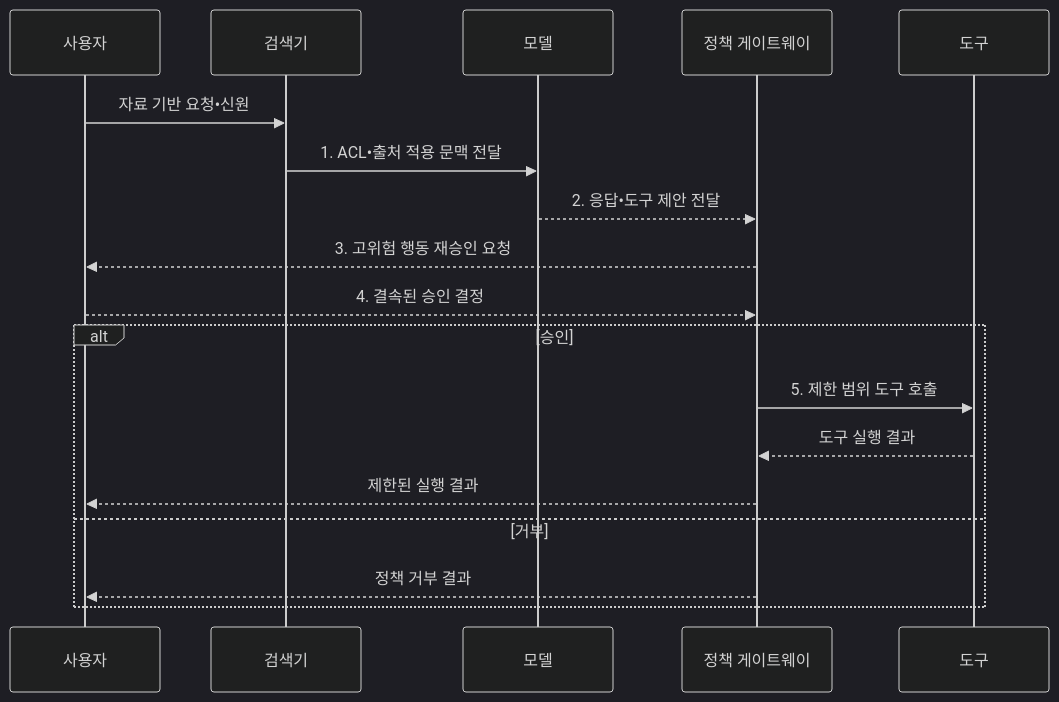
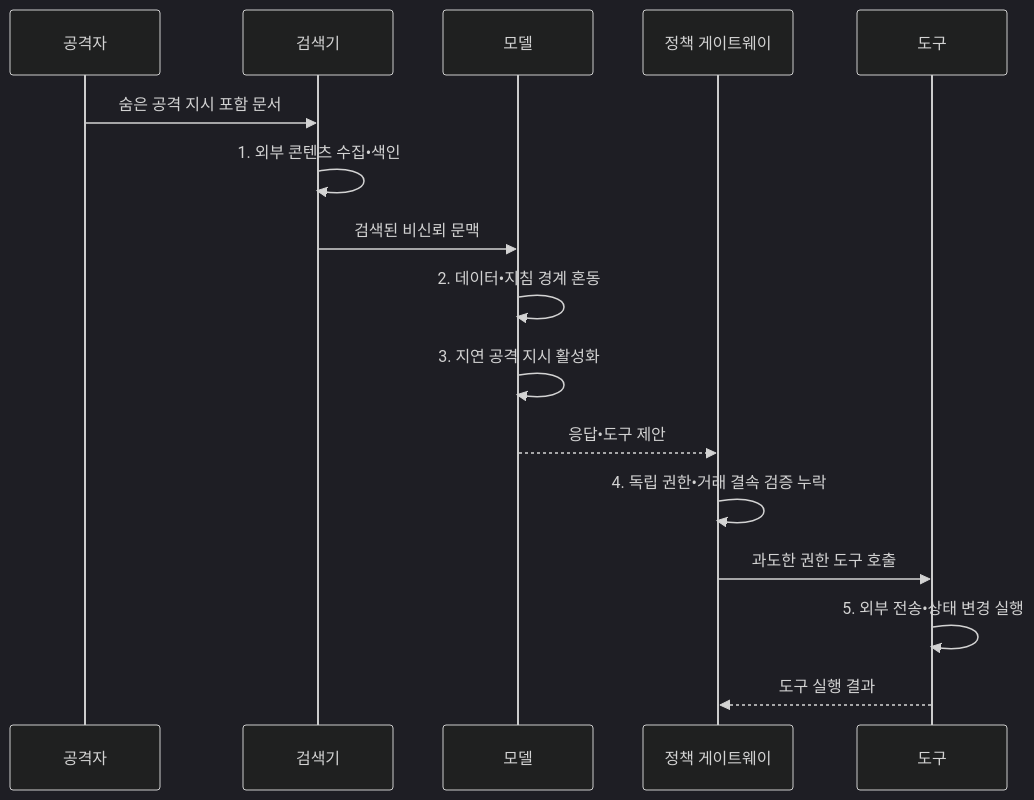
One commit to agnusdei1207/knowledge-base changed the second of 2 diagrams in src/content/docs/notes/05-security/080_indirect_prompt_injection.md. Above: the diagram before and after it, drawn with Mermaid (dark theme). The commit also changed other lines of this file and 20 other files, not shown here.

````diff
--- a/src/content/docs/notes/05-security/080_indirect_prompt_injection.md
+++ b/src/content/docs/notes/05-security/080_indirect_prompt_injection.md
@@ -105,20 +105,18 @@
 ```mermaid
 sequenceDiagram
-    participant U as 사용자
+    participant A as 공격자
     participant R as 검색기
     participant M as 모델
     participant G as 정책 게이트웨이
     participant T as 도구
-    U->>R: 자료 기반 요청•신원
-    R->>M: 1. ACL•출처 적용 문맥 전달
-    M-->>G: 2. 응답•도구 제안 전달
-    G-->>U: 3. 고위험 행동 재승인 요청
-    U-->>G: 4. 결속된 승인 결정
-    alt 승인
-        G->>T: 5. 제한 범위 도구 호출
-        T-->>G: 도구 실행 결과
-        G-->>U: 제한된 실행 결과
-    else 거부
-        G-->>U: 정책 거부 결과
-    end
+    A->>R: 숨은 공격 지시 포함 문서
+    R->>R: 1. 외부 콘텐츠 수집•색인
+    R->>M: 검색된 비신뢰 문맥
+    M->>M: 2. 데이터•지침 경계 혼동
+    M->>M: 3. 지연 공격 지시 활성화
+    M-->>G: 응답•도구 제안
+    G->>G: 4. 독립 권한•거래 결속 검증 누락
+    G->>T: 과도한 권한 도구 호출
+    T->>T: 5. 외부 전송•상태 변경 실행
+    T-->>G: 도구 실행 결과
 ```
````
